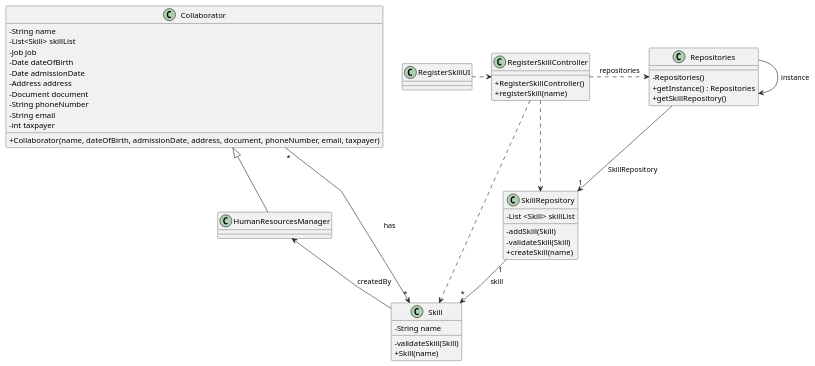
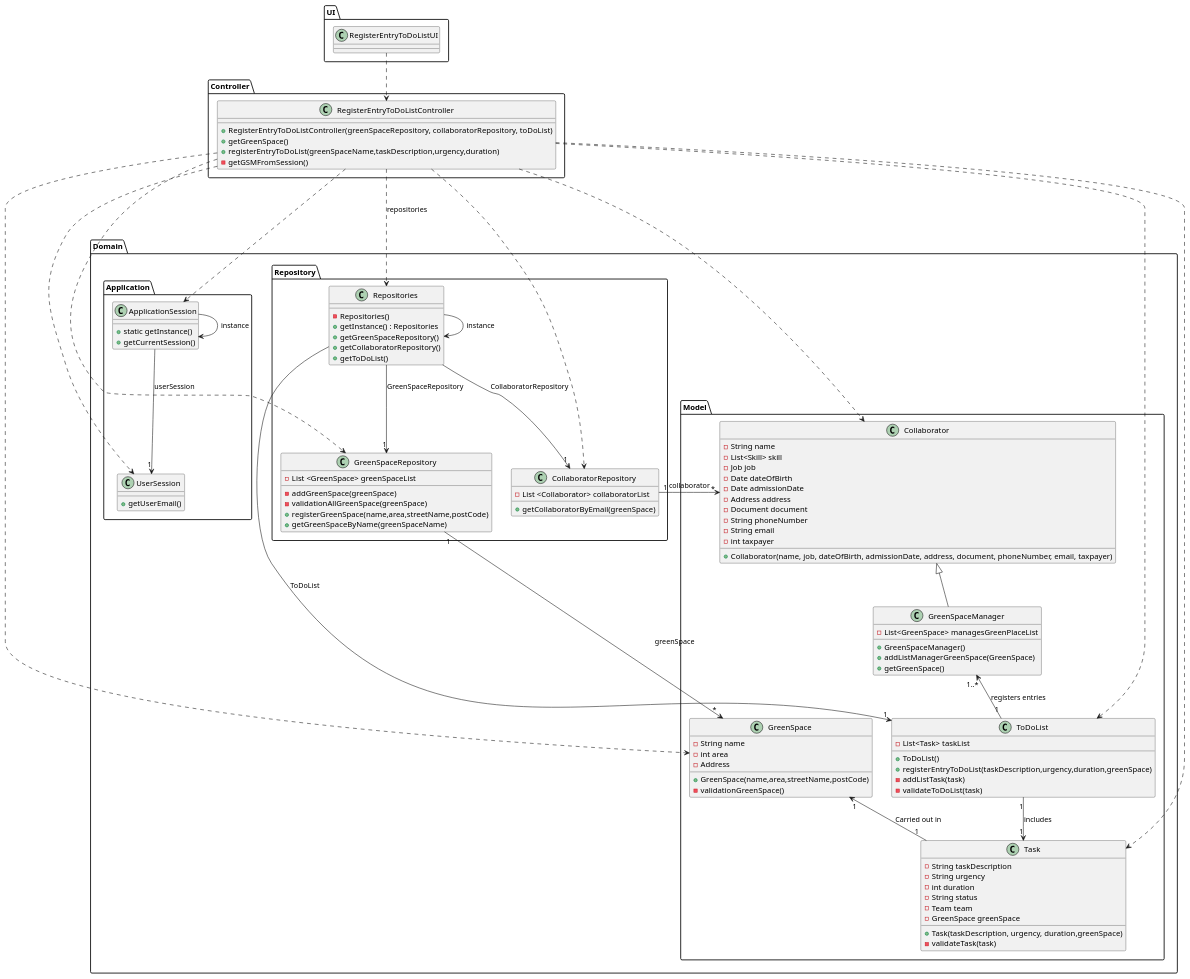
One commit to Departamento-de-Engenharia-Informatica/lei-24-s2-1db-g022 changed the diagram in docs/sprint3/us21/03.design/puml/us21-class-diagram.puml. Above: the diagram before and after it, drawn with PlantUML. The commit also changed 12 other files, not shown here.

```diff
--- a/docs/sprint3/us21/03.design/puml/us21-class-diagram.puml
+++ b/docs/sprint3/us21/03.design/puml/us21-class-diagram.puml
@@ -1,73 +1,172 @@
 @startuml
 'skinparam monochrome true
 skinparam packageStyle rectangle
 skinparam shadowing false
-skinparam linetype polyline
-'skinparam linetype orto
+skinparam linetype orto
 
-skinparam classAttributeIconSize 0
+skinparam classAttributeIconSize "1"
+
+package "UI" <<Folder>> {
+    class RegisterEntryToDoListUI {
+    }
+}
+
+
+package "Controller" <<Folder>> {
+
+    class RegisterEntryToDoListController {
+        + RegisterEntryToDoListController(greenSpaceRepository, collaboratorRepository, toDoList)
+        + getGreenSpace()
+        + registerEntryToDoList(greenSpaceName,taskDescription,urgency,duration)
+        - getGSMFromSession()
+    }
+
+}
 
 'left to right direction
+package "Domain" <<Folder>> {
 
-class Skill {
-    - String name
+    package "Domain.Application" <<Folder>> {
 
-    - validateSkill(Skill)
-    + Skill(name)
+        class ApplicationSession
+        {
+            + static getInstance()
+            + getCurrentSession()
+        }
+
+        class UserSession
+        {
+            + getUserEmail()
+        }
+    }
+
+    package "Domain.Model" <<Folder>> {
+
+        class GreenSpace {
+            - String name
+            - int area
+            - Address
+
+            + GreenSpace(name,area,streetName,postCode)
+            - validationGreenSpace()
+        }
+
+        class Collaborator {
+                -String name
+                -List<Skill> skill
+                -Job job
+                -Date dateOfBirth
+                -Date admissionDate
+                -Address address
+                -Document document
+                -String phoneNumber
+                -String email
+                -int taxpayer
+
+                + Collaborator(name, job, dateOfBirth, admissionDate, address, document, phoneNumber, email, taxpayer)
+        }
+
+        class Task {
+            - String taskDescription
+            - String urgency
+            - int duration
+            - String status
+            - Team team
+            - GreenSpace greenSpace
+
+            + Task(taskDescription, urgency, duration,greenSpace)
+            - validateTask(task)
+        }
+
+        class GreenSpaceManager {
+            - List<GreenSpace> managesGreenPlaceList
+
+            + GreenSpaceManager()
+            + addListManagerGreenSpace(GreenSpace)
+            + getGreenSpace()
+        }
+
+        class ToDoList{
+            - List<Task> taskList
+
+            + ToDoList()
+            + registerEntryToDoList(taskDescription,urgency,duration,greenSpace)
+            - addListTask(task)
+            - validateToDoList(task)
+        }
+
+    }
+
+    package "Domain.Repository" <<Folder>> {
+
+        class Repositories {
+
+            - Repositories()
+            + getInstance() : Repositories
+            + getGreenSpaceRepository()
+            + getCollaboratorRepository()
+            + getToDoList()
+        }
+
+        class CollaboratorRepository {
+            - List <Collaborator> collaboratorList
+
+            + getCollaboratorByEmail(greenSpace)
+        }
+
+        class GreenSpaceRepository {
+            - List <GreenSpace> greenSpaceList
+
+            - addGreenSpace(greenSpace)
+            - validationAllGreenSpace(greenSpace)
+            + registerGreenSpace(name,area,streetName,postCode)
+            + getGreenSpaceByName(greenSpaceName)
+        }
+    }
 }
 
-class RegisterSkillController {
+'-------------------Instance-------------------
+Repositories -> Repositories : instance
+ApplicationSession -> ApplicationSession : instance
 
-    + RegisterSkillController()
-    + registerSkill(name)
-}
+'-------------------UI-------------------
+RegisterEntryToDoListUI ..> RegisterEntryToDoListController
 
-class RegisterSkillUI {
-}
+'-------------------Controller-------------------
+RegisterEntryToDoListController ...> Repositories : repositories
+RegisterEntryToDoListController ...> ApplicationSession
+RegisterEntryToDoListController ...> UserSession
+RegisterEntryToDoListController ...> GreenSpaceRepository
+RegisterEntryToDoListController ...> CollaboratorRepository
+RegisterEntryToDoListController ...> Collaborator
+RegisterEntryToDoListController ...> GreenSpace
+RegisterEntryToDoListController ...> ToDoList
+RegisterEntryToDoListController ...> Task
 
-class Collaborator {
-    -String name
-    -List<Skill> skillList
-    -Job job
-    -Date dateOfBirth
-    -Date admissionDate
-    -Address address
-    -Document document
-    -String phoneNumber
-    -String email
-    -int taxpayer
+'-------------------ApplicationSession-------------------
+ApplicationSession --> "1" UserSession : userSession
 
-    + Collaborator(name, dateOfBirth, admissionDate, address, document, phoneNumber, email, taxpayer)
-}
+'-------------------Repositories-------------------
+Repositories --> "1" GreenSpaceRepository : GreenSpaceRepository
+Repositories --> "1" CollaboratorRepository : CollaboratorRepository
+Repositories --> "1" ToDoList : ToDoList
 
-class HumanResourcesManager {
-}
+'-------------------CollaboratorRepository-------------------
+CollaboratorRepository "1"  -> "*" Collaborator : collaborator
 
-class Repositories {
+'-------------------GreenSpaceRepository-------------------
+GreenSpaceRepository "1" -> "*" GreenSpace : greenSpace
 
-    - Repositories()
-    + getInstance() : Repositories
-    + getSkillRepository()
-}
+'-------------------Collaborator-------------------
+Collaborator <|-- GreenSpaceManager
 
-class SkillRepository {
-    - List <Skill> skillList
+'-------------------Green Space Manager-------------------
+GreenSpaceManager "1..*" <-- "1" ToDoList : registers entries
 
-    - addSkill(Skill)
-    - validateSkill(Skill)
-    + createSkill(name)
-}
+'-------------------GreenSpace-------------------
+GreenSpace "1" <-- "1" Task : Carried out in
 
-RegisterSkillController .> Repositories : repositories
-RegisterSkillUI .> RegisterSkillController
-Repositories -> Repositories : instance
-Repositories --> "1" SkillRepository : SkillRepository
-SkillRepository "1" --> "*" Skill : skill
-Collaborator  <|--  HumanResourcesManager
-RegisterSkillController ..> Skill
-RegisterSkillController ..> SkillRepository
-
-HumanResourcesManager <--  Skill: createdBy
-Collaborator "*" --> "*" Skill : has
+'-------------------ToDoList-------------------
+ToDoList "1" --> "1" Task : includes
 
 @enduml
```
